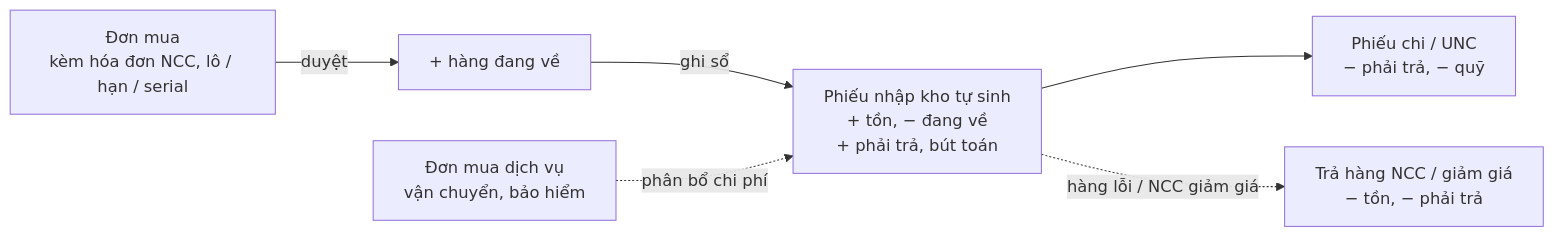
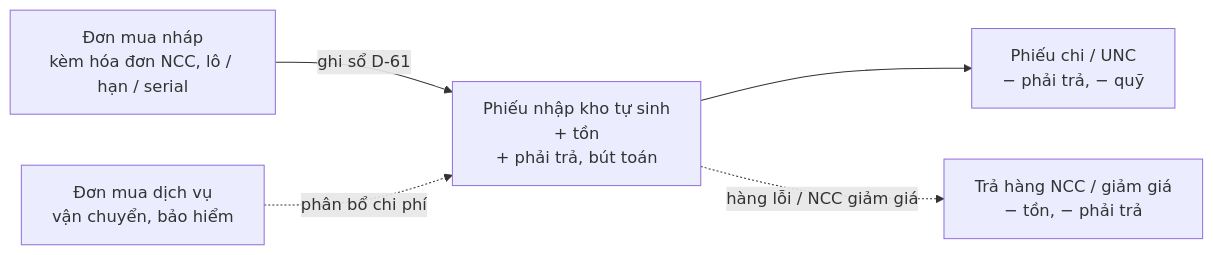
Before and after one commit to haict/pqb_ai: the third of 13 diagrams in inventory-management-ai-skeleton/docs/05-workflow.md, drawn with Mermaid. The commit also changed other lines of this file and 225 other files, not shown here.

````diff
--- a/inventory-management-ai-skeleton/docs/05-workflow.md
+++ b/inventory-management-ai-skeleton/docs/05-workflow.md
@@ -48,8 +45,7 @@
 ```mermaid
 flowchart LR
-    PO[Đơn mua<br/>kèm hóa đơn NCC, lô / hạn / serial] -->|duyệt| AP[+ hàng đang về]
-    AP -->|ghi sổ| POST[Phiếu nhập kho tự sinh<br/>+ tồn, − đang về<br/>+ phải trả, bút toán]
+    PO[Đơn mua nháp<br/>kèm hóa đơn NCC, lô / hạn / serial] -->|ghi sổ D-61| POST[Phiếu nhập kho tự sinh<br/>+ tồn<br/>+ phải trả, bút toán]
     POST --> PAY[Phiếu chi / UNC<br/>− phải trả, − quỹ]
     POST -.hàng lỗi / NCC giảm giá.-> RET[Trả hàng NCC / giảm giá<br/>− tồn, − phải trả]
     SVC[Đơn mua dịch vụ<br/>vận chuyển, bảo hiểm] -.phân bổ chi phí.-> POST
 ```
````
